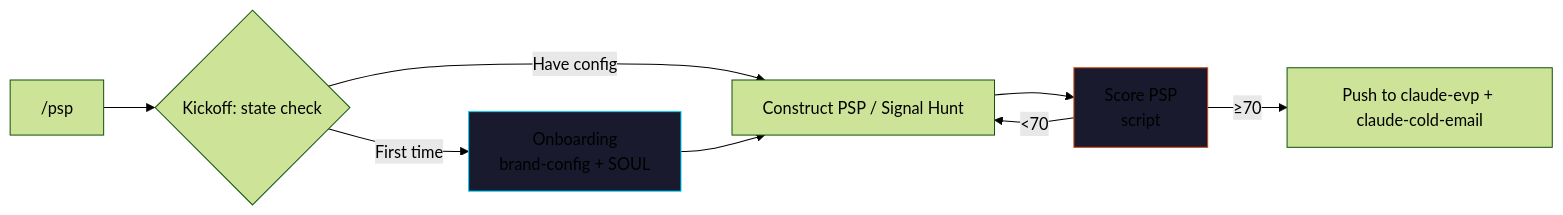
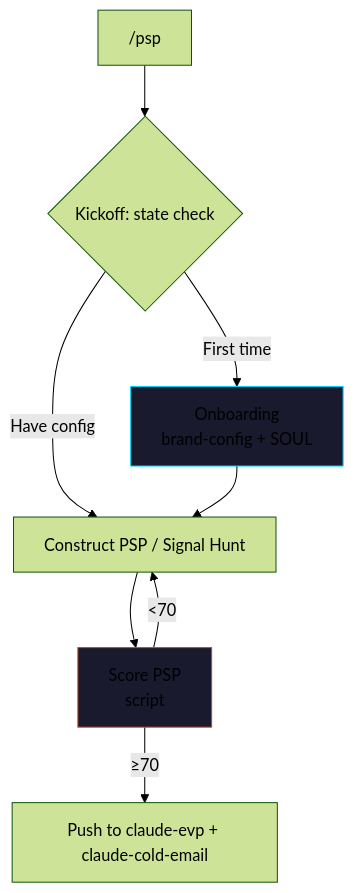
The diagram in README.md (cmj-hub/claude-psp), drawn with Mermaid (forest theme) before and after one commit.

Commit message:
fix(readme): mermaid graph LR → TB for legible node labels on GitHub

````diff
--- a/README.md
+++ b/README.md
@@ -31,13 +31,13 @@
 ```mermaid
-graph LR
+graph TB
     A["/psp"] --> B{Kickoff: state check}
     B -->|First time| C[Onboarding<br/>brand-config + SOUL]
     B -->|Have config| D[Construct PSP / Signal Hunt]
     C --> D
     D --> E[Score PSP<br/>script]
     E -->|≥70| F[Push to claude-evp + claude-cold-email]
     E -->|<70| D
 
     style C fill:#1a1a2e,stroke:#00d4ff
     style E fill:#1a1a2e,stroke:#cc4714
 ```
````
